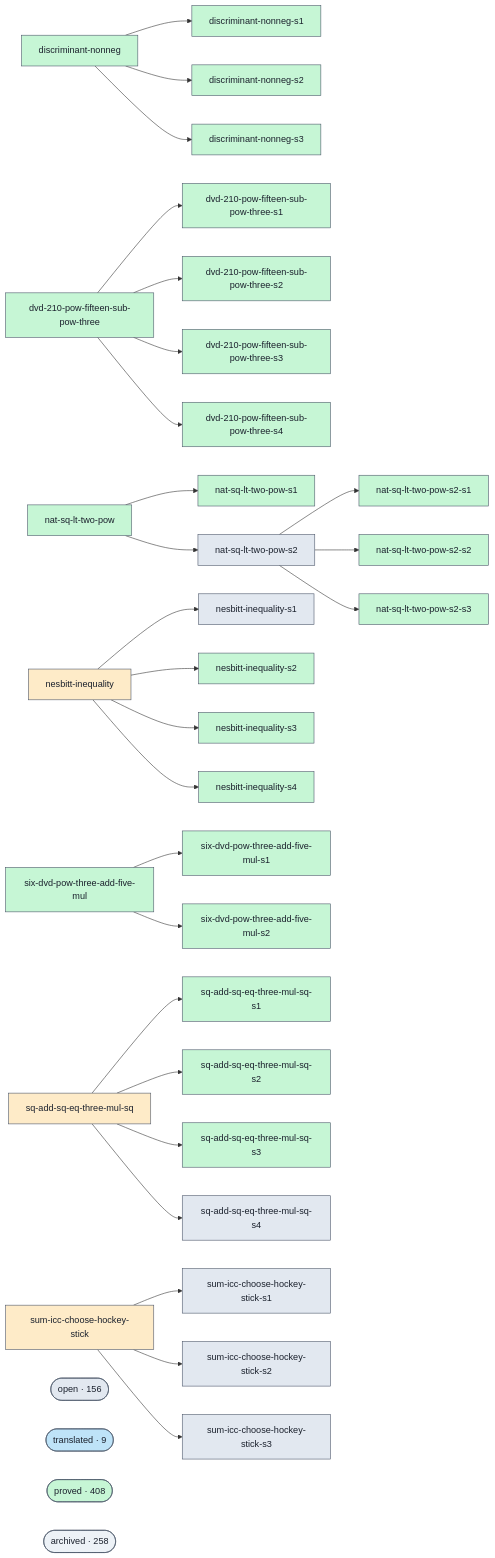
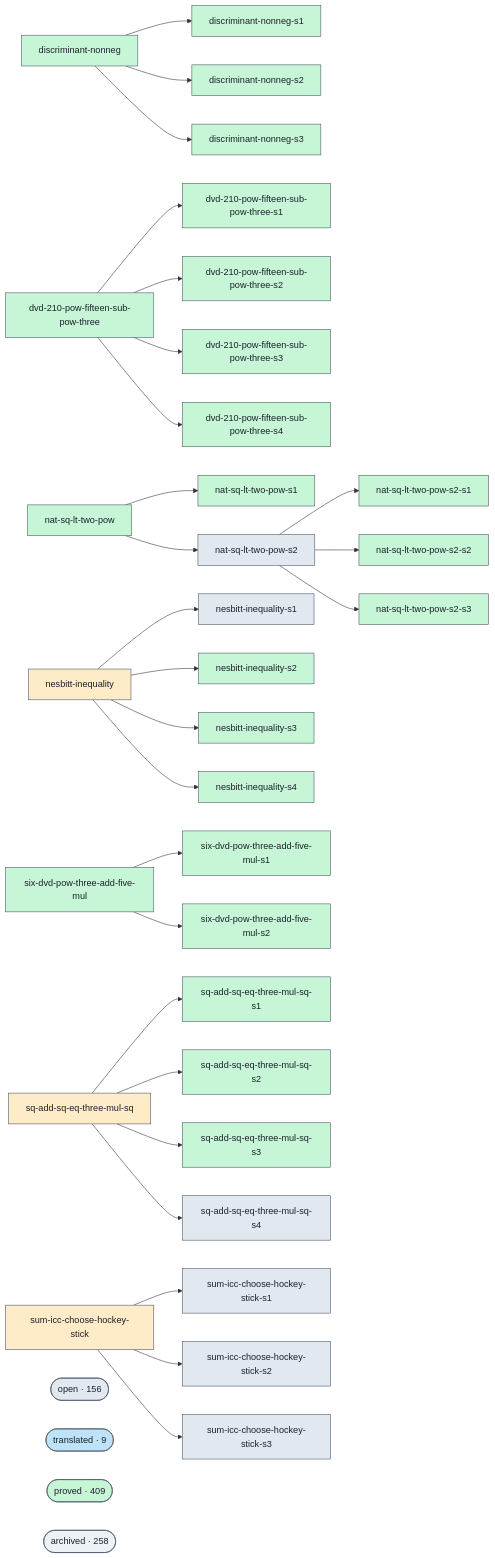
The diagram in docs/proofs-contributors-visualisation.md (ohdearquant/unsorry), drawn with Mermaid before and after one commit. The commit also changed other lines of this file and 2 other files, not shown here.

```diff
--- a/docs/proofs-contributors-visualisation.md
+++ b/docs/proofs-contributors-visualisation.md
@@ -147,7 +147,7 @@
   class cluster_open open;
   cluster_translated(["translated · 9"])
   class cluster_translated translated;
-  cluster_proved(["proved · 408"])
+  cluster_proved(["proved · 409"])
   class cluster_proved proved;
   cluster_archived(["archived · 258"])
   class cluster_archived unknown;
```
